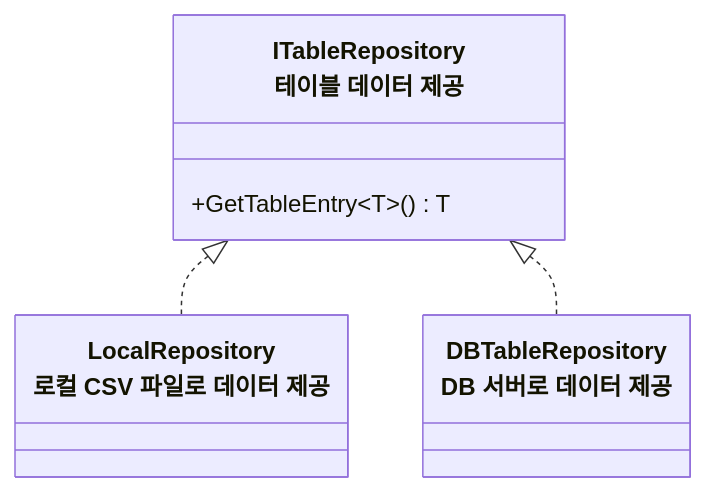
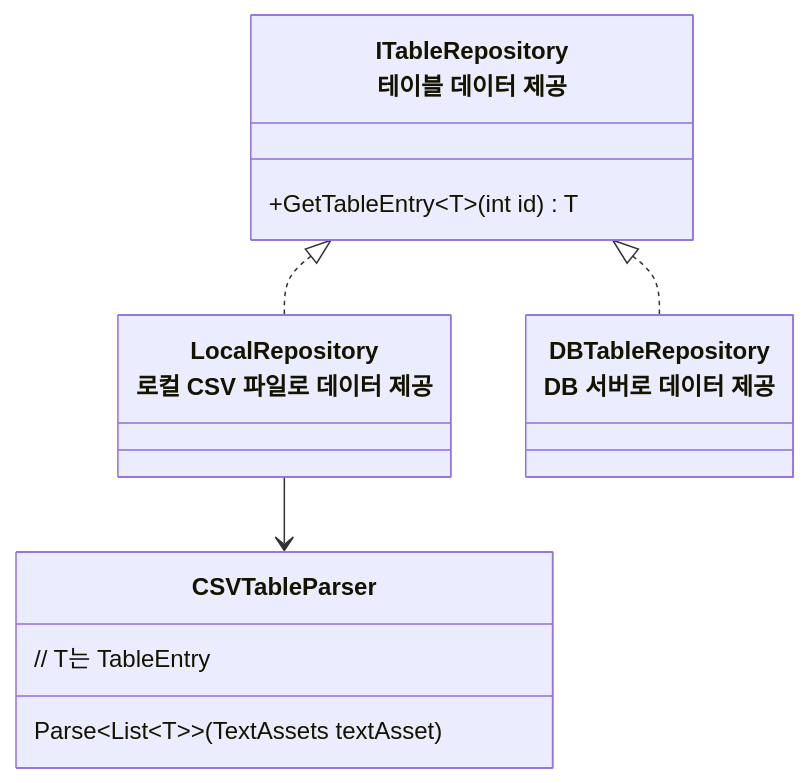
One commit to JIN5EOK/DungeonShooter changed the diagram in README/데이터테이블_설계.md. Above: the diagram before and after it, drawn with Mermaid. The commit also changed other lines of this file, not shown here.

````diff
--- a/README/데이터테이블_설계.md
+++ b/README/데이터테이블_설계.md
@@ -9,17 +10,23 @@
 ```mermaid
 classDiagram
     class ITableRepository["ITableRepository<br>테이블 데이터 제공"]{
-	    +GetTableEntry~T~() T
+	    +GetTableEntry~T~(int id) T
 	}
 	
 	class LocalTableRepository["LocalRepository<br>로컬 CSV 파일로 데이터 제공"]{
 
 	}
 	
 	class DBTableRepository["DBTableRepository<br>DB 서버로 데이터 제공"]{
-
+        
 	}
+	
+	class CSVTableParser{
+	    Parse~List~T~~(TextAssets textAsset) 
+	    // T는 TableEntry
+    }
 	
 	ITableRepository <|.. LocalTableRepository
 	ITableRepository <|.. DBTableRepository
+    LocalTableRepository --> CSVTableParser
 ```
````
